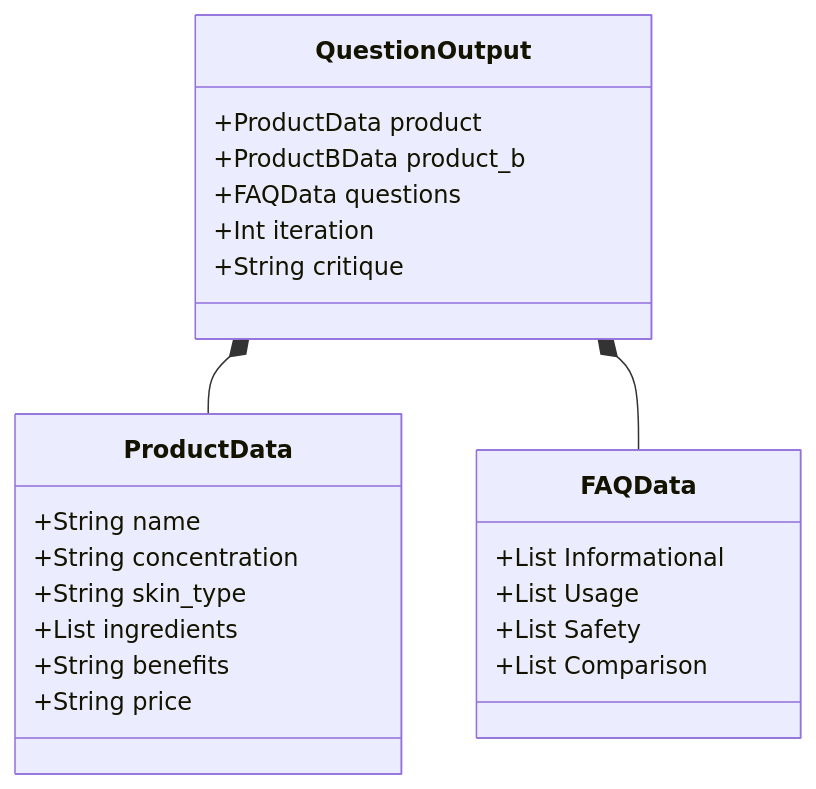
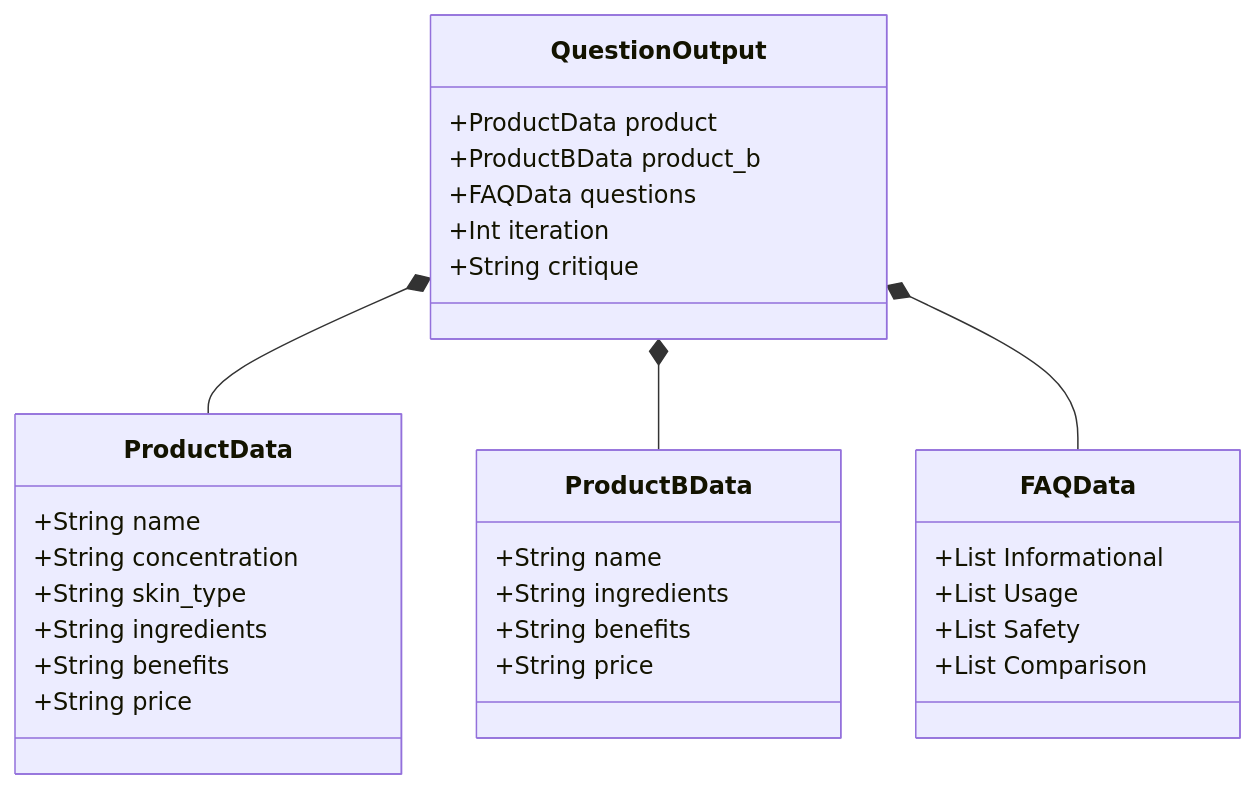
The third of 4 diagrams in docs/projectdocumentation.md (AMOGH1308/kasparro-ai-agentic-content-generation-system-Amogh-Guruprakash), drawn with Mermaid before and after one commit. The commit also changed other lines of this file, not shown here.

````diff
--- a/docs/projectdocumentation.md
+++ b/docs/projectdocumentation.md
@@ -108,26 +108,33 @@
 ```mermaid
 classDiagram
     class ProductData {
         +String name
         +String concentration
         +String skin_type
-        +List ingredients
+        +String ingredients
+        +String benefits
+        +String price
+    }
+    class ProductBData {
+        +String name
+        +String ingredients
         +String benefits
         +String price
     }
     class QuestionOutput {
         +ProductData product
         +ProductBData product_b
         +FAQData questions
         +Int iteration
         +String critique
     }
     class FAQData {
         +List Informational
         +List Usage
         +List Safety
         +List Comparison
     }
     QuestionOutput *-- ProductData
+    QuestionOutput *-- ProductBData
     QuestionOutput *-- FAQData
 ```
````
